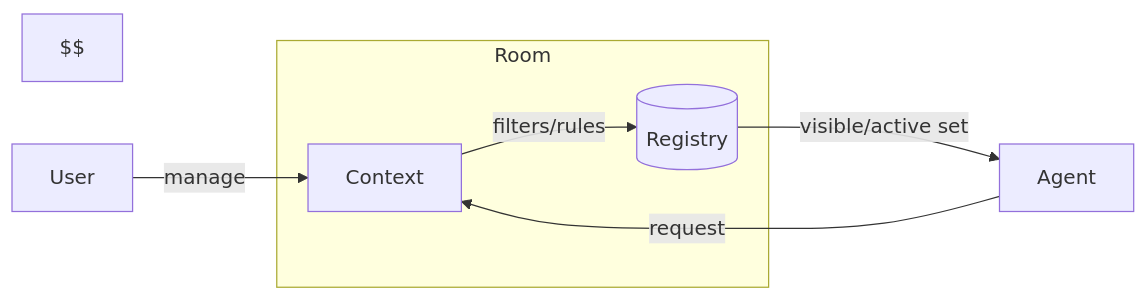
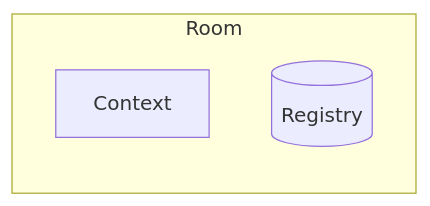
The fourth of 4 diagrams in docs/labeled/enso-protocol-2.md (octave-commons/promethean), drawn with Mermaid before and after one commit. The commit also changed other lines of this file and 1145 other files, not shown here.

````diff
--- a/docs/labeled/enso-protocol-2.md
+++ b/docs/labeled/enso-protocol-2.md
@@ -1286,17 +1286,7 @@
 ```mermaid
 flowchart LR
   subgraph Room
     Ctx["Context<ctxId>"]
     Index[(Registry)]
   end
-$$
-  User-- manage -->Ctx
-$$
-$$
-  Agent-- request -->Ctx
-$$
-$$
-  Ctx-- filters/rules -->Index
-$$
-  Index-- visible/active set --> Agent
 ```
````
